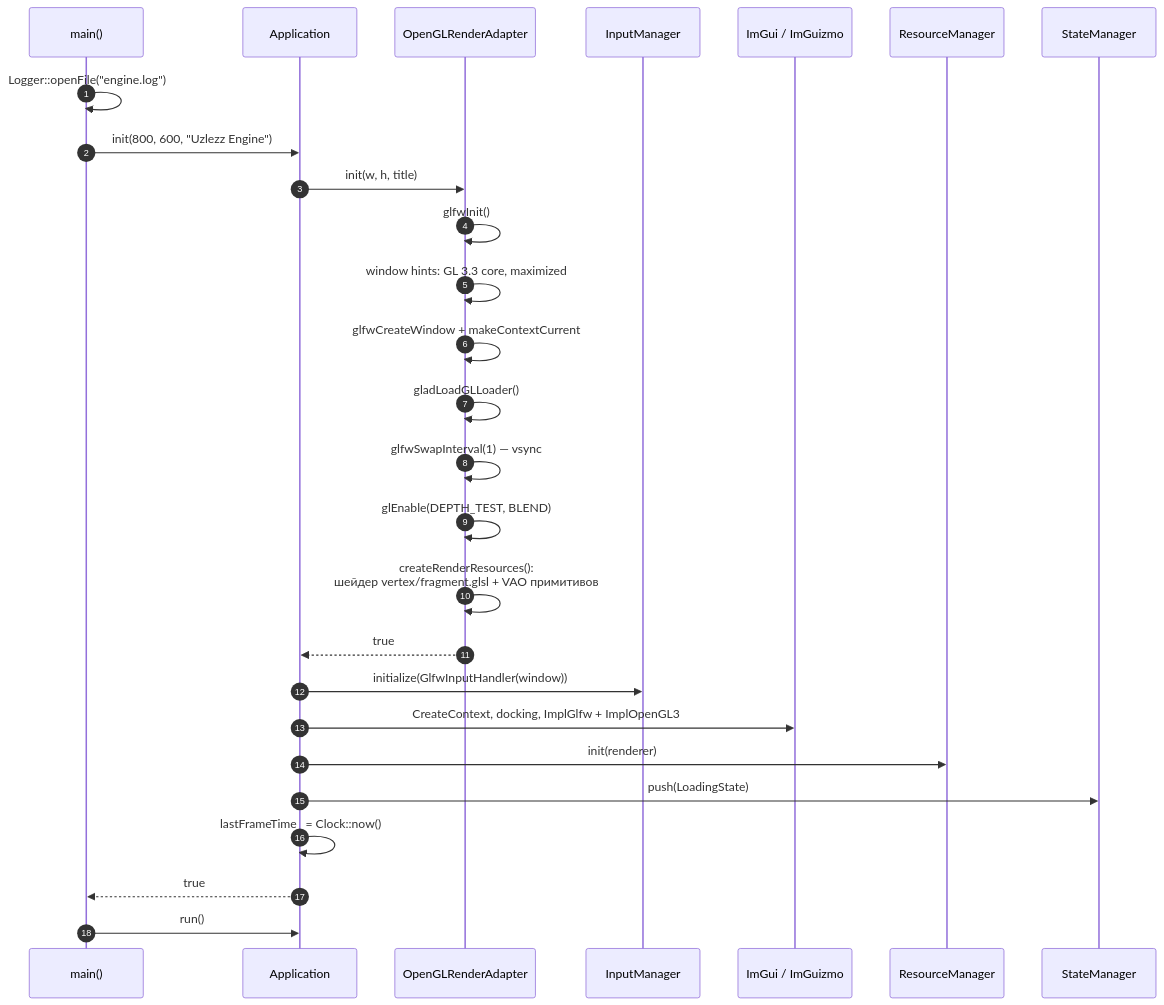
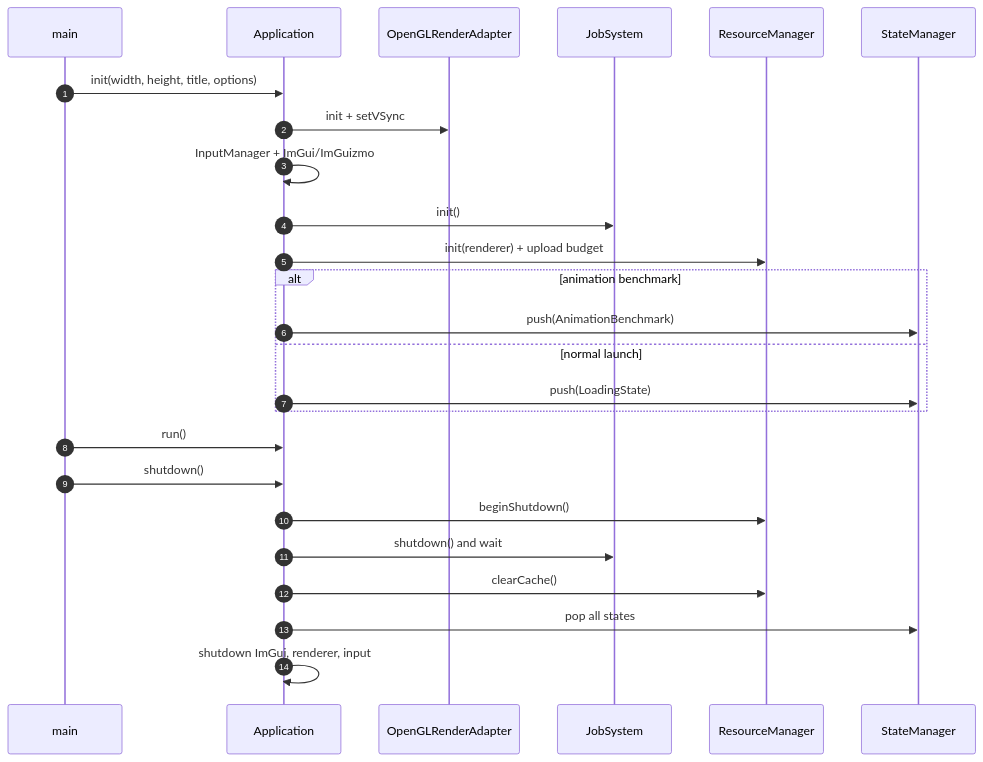
Before and after one commit to olegsheyko/AID_ITMO_UzlezzEngine: the second of 5 diagrams in docs/ARCHITECTURE.md, drawn with Mermaid. The commit also changed other lines of this file and 41 other files, not shown here.

````diff
--- a/docs/ARCHITECTURE.md
+++ b/docs/ARCHITECTURE.md
@@ -90,30 +50,28 @@
 ```mermaid
 sequenceDiagram
     autonumber
-    participant m as main()
-    participant a as Application
-    participant r as OpenGLRenderAdapter
-    participant i as InputManager
-    participant g as ImGui / ImGuizmo
-    participant rm as ResourceManager
-    participant sm as StateManager
+    participant M as main
+    participant A as Application
+    participant R as OpenGLRenderAdapter
+    participant J as JobSystem
+    participant RM as ResourceManager
+    participant S as StateManager
 
-    m->>m: Logger::openFile("engine.log")
-    m->>a: init(800, 600, "Uzlezz Engine")
-    a->>r: init(w, h, title)
-    r->>r: glfwInit()
-    r->>r: window hints: GL 3.3 core, maximized
-    r->>r: glfwCreateWindow + makeContextCurrent
-    r->>r: gladLoadGLLoader()
-    r->>r: glfwSwapInterval(1) — vsync
-    r->>r: glEnable(DEPTH_TEST, BLEND)
-    r->>r: createRenderResources():<br/>шейдер vertex/fragment.glsl + VAO примитивов
-    r-->>a: true
-    a->>i: initialize(GlfwInputHandler(window))
-    a->>g: CreateContext, docking, ImplGlfw + ImplOpenGL3
-    a->>rm: init(renderer)
-    a->>sm: push(LoadingState)
-    a->>a: lastFrameTime_ = Clock::now()
-    a-->>m: true
-    m->>a: run()
+    M->>A: init(width, height, title, options)
+    A->>R: init + setVSync
+    A->>A: InputManager + ImGui/ImGuizmo
+    A->>J: init()
+    A->>RM: init(renderer) + upload budget
+    alt animation benchmark
+        A->>S: push(AnimationBenchmark)
+    else normal launch
+        A->>S: push(LoadingState)
+    end
+    M->>A: run()
+    M->>A: shutdown()
+    A->>RM: beginShutdown()
+    A->>J: shutdown() and wait
+    A->>RM: clearCache()
+    A->>S: pop all states
+    A->>A: shutdown ImGui, renderer, input
 ```
````
